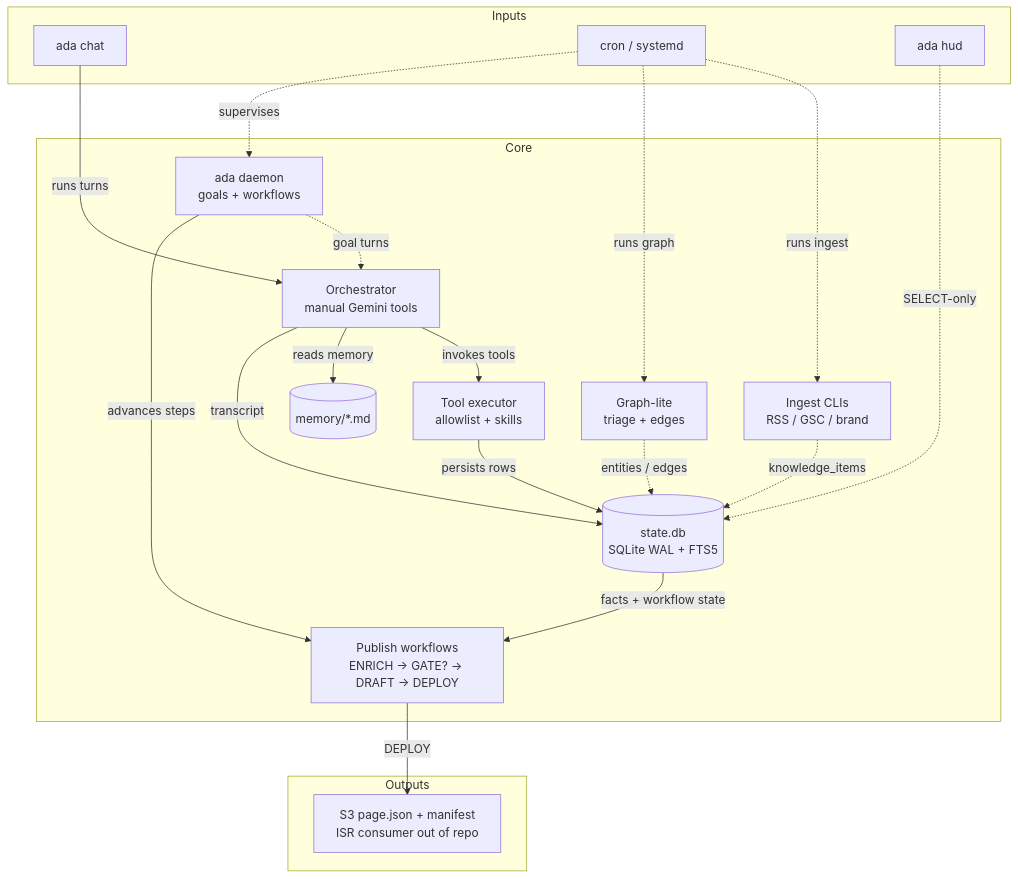
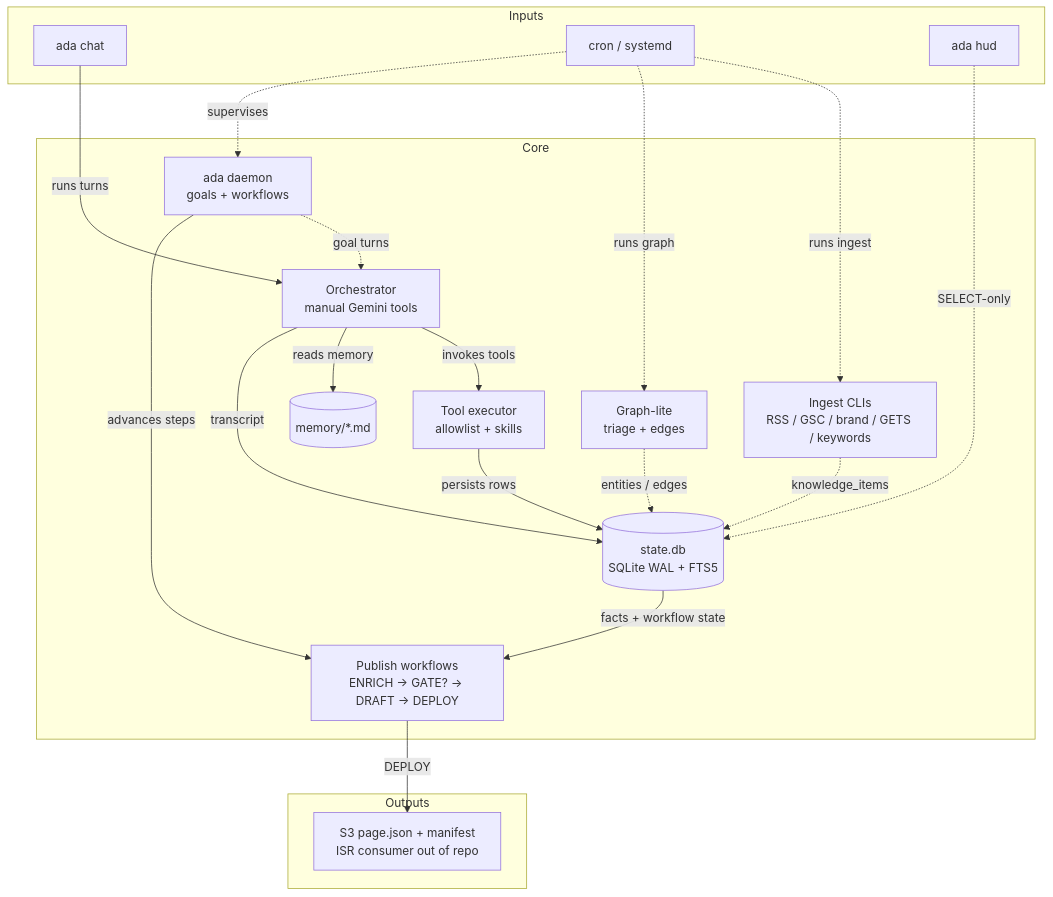
The diagram in docs/architecture.mmd (aryanjohari/ADA), drawn with Mermaid before and after one commit. The commit also changed 25 other files, not shown here.

```diff
--- a/docs/architecture.mmd
+++ b/docs/architecture.mmd
@@ -1,40 +1,42 @@
+%% Sync’d overview alias of docs/c4/2-containers.mmd — C4 is canonical.
+%% Prefer docs/c4/ for Context → Containers → Components zoom.
 flowchart TB
   subgraph inputs [Inputs]
     cliChat["ada chat"]
     hostScheduler["cron / systemd"]
     hud["ada hud"]
   end
 
   subgraph core [Core]
     orchestrator["Orchestrator\nmanual Gemini tools"]
     toolExecutor["Tool executor\nallowlist + skills"]
     daemon["ada daemon\ngoals + workflows"]
     stateDb[("state.db\nSQLite WAL + FTS5")]
     memoryFiles[("memory/*.md")]
-    ingestClis["Ingest CLIs\nRSS / GSC / brand"]
+    ingestClis["Ingest CLIs\nRSS / GSC / brand / GETS / keywords"]
     graphLite["Graph-lite\ntriage + edges"]
     publishWorkflows["Publish workflows\nENRICH → GATE? → DRAFT → DEPLOY"]
   end
 
   subgraph outputs [Outputs]
     s3Out["S3 page.json + manifest\nISR consumer out of repo"]
   end
 
   cliChat -->|runs turns| orchestrator
   orchestrator -->|invokes tools| toolExecutor
   toolExecutor -->|persists rows| stateDb
   orchestrator -->|reads memory| memoryFiles
   orchestrator -->|transcript| stateDb
 
   hostScheduler -.->|runs ingest| ingestClis
   hostScheduler -.->|runs graph| graphLite
   hostScheduler -.->|supervises| daemon
   ingestClis -.->|knowledge_items| stateDb
   graphLite -.->|entities / edges| stateDb
 
   daemon -.->|goal turns| orchestrator
   daemon -->|advances steps| publishWorkflows
   stateDb -->|facts + workflow state| publishWorkflows
   publishWorkflows -->|DEPLOY| s3Out
 
   hud -.->|SELECT-only| stateDb
```
